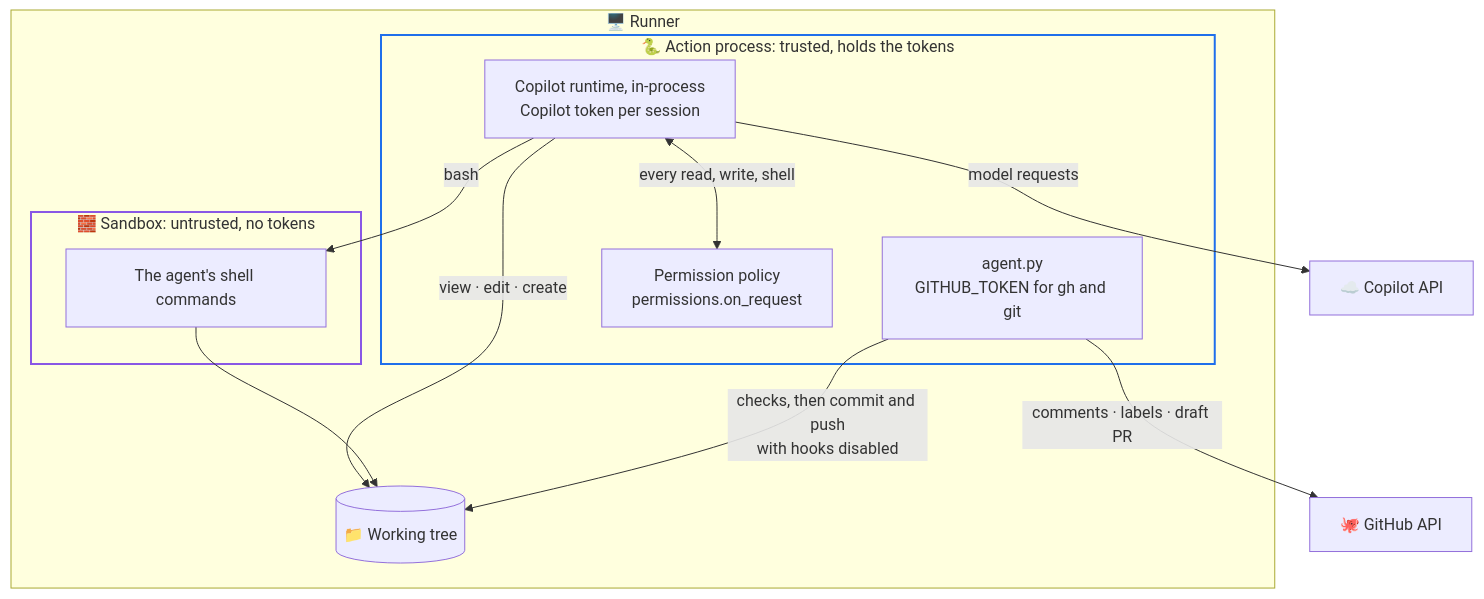
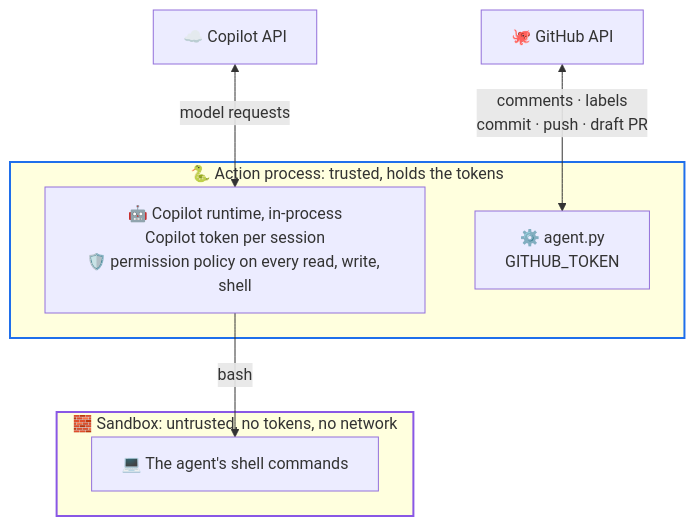
The eighth of 10 diagrams in README.md (jeffrey-groneberg/issue-implementer), drawn with Mermaid before and after one commit. The commit also changed other lines of this file, not shown here.

First line of the commit message:
docs: keep diagram labels on one line and compact tall diagrams

````diff
--- a/README.md
+++ b/README.md
@@ -291,24 +290,18 @@
 ```mermaid
+%%{init: {"flowchart": {"wrappingWidth": 320}}}%%
 flowchart TB
-    subgraph RUN["🖥️ Runner"]
-        subgraph ACT["🐍 Action process: trusted, holds the tokens"]
-            AG["agent.py<br/>GITHUB_TOKEN for gh and git"]
-            PO["Permission policy<br/>permissions.on_request"]
-            RT["Copilot runtime, in-process<br/>Copilot token per session"]
-        end
-        subgraph SBX["🧱 Sandbox: untrusted, no tokens"]
-            SH["The agent's shell commands"]
-        end
-        WT[("📁 Working tree")]
+    CP["☁️ Copilot API"]
+    GH["🐙 GitHub API"]
+    subgraph ACT["🐍 Action process: trusted, holds the tokens"]
+        RT["🤖 Copilot runtime, in-process<br/>Copilot token per session<br/>🛡️ permission policy on every read, write, shell"]
+        AG["⚙️ agent.py<br/>GITHUB_TOKEN"]
     end
-    RT <-->|"every read, write, shell"| PO
-    RT -->|"view · edit · create"| WT
+    subgraph SBX["🧱 Sandbox: untrusted, no tokens, no network"]
+        SH["💻 The agent's shell commands"]
+    end
+    CP <-->|"model requests"| RT
+    GH <-->|"comments · labels<br/>commit · push · draft PR"| AG
     RT -->|"bash"| SH
-    SH --> WT
-    AG -->|"checks, then commit and push<br/>with hooks disabled"| WT
-    AG -->|"comments · labels · draft PR"| GH["🐙 GitHub API"]
-    RT -->|"model requests"| CP["☁️ Copilot API"]
-
     style ACT stroke:#1f6feb,stroke-width:2px
     style SBX stroke:#8957e5,stroke-width:2px
 ```
````
